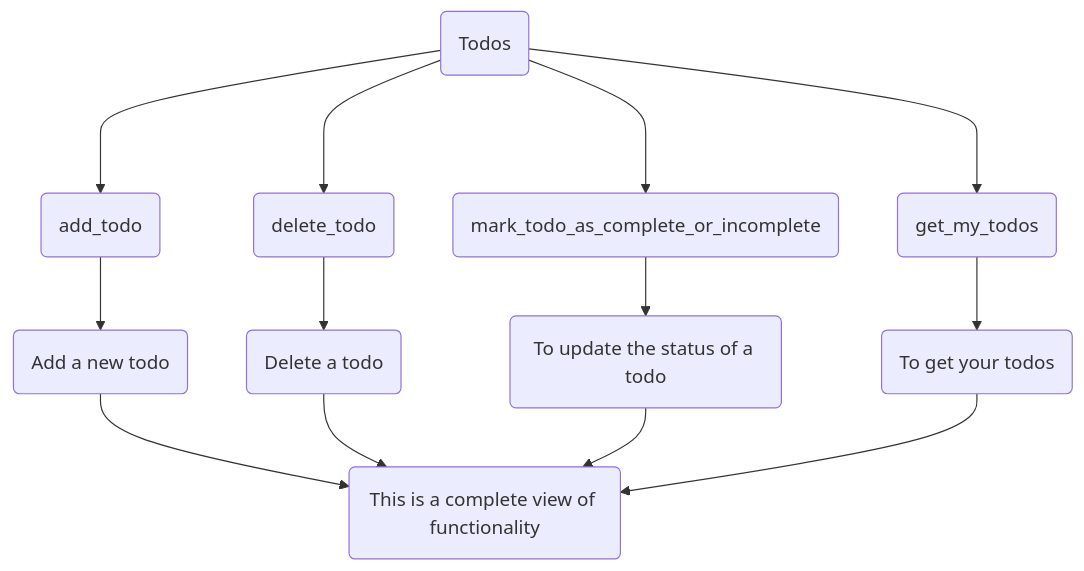
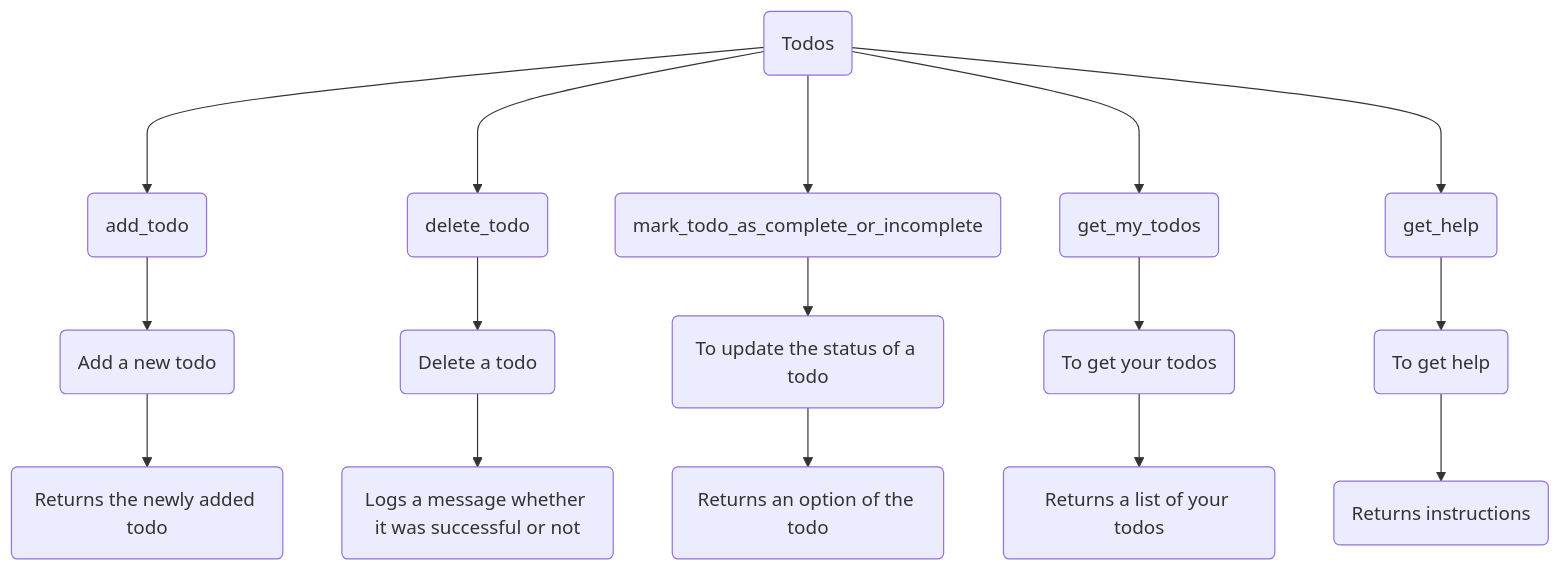
Before and after one commit to dalmasonto/Near-ToDo-App: the diagram in README.md, drawn with Mermaid. The commit also changed other lines of this file, not shown here.

````diff
--- a/README.md
+++ b/README.md
@@ -11,7 +11,8 @@
 ```mermaid
 graph TB
-A(Todos) ---> B(add_todo) --> C(Add a new todo) --> J
-A(Todos) ---> D(delete_todo) --> E(Delete a todo) --> J
-A(Todos) ---> F(mark_todo_as_complete_or_incomplete) --> G(To update the status of a todo) --> J
-A(Todos) ---> H(get_my_todos) --> I(To get your todos) --> J(This is a complete view of functionality)
+A(Todos) ---> B(add_todo) --> C(Add a new todo) --> D(Returns the newly added todo)
+A(Todos) ---> E(delete_todo) --> F(Delete a todo) --> G(Logs a message whether it was successful or not)
+A(Todos) ---> H(mark_todo_as_complete_or_incomplete) --> I(To update the status of a todo) --> J(Returns an option of the todo)
+A(Todos) ---> K(get_my_todos) --> L(To get your todos) --> M(Returns a list of your todos)
+A(Todos) ---> N(get_help) --> O(To get help) --> P(Returns instructions)
 ```
````
